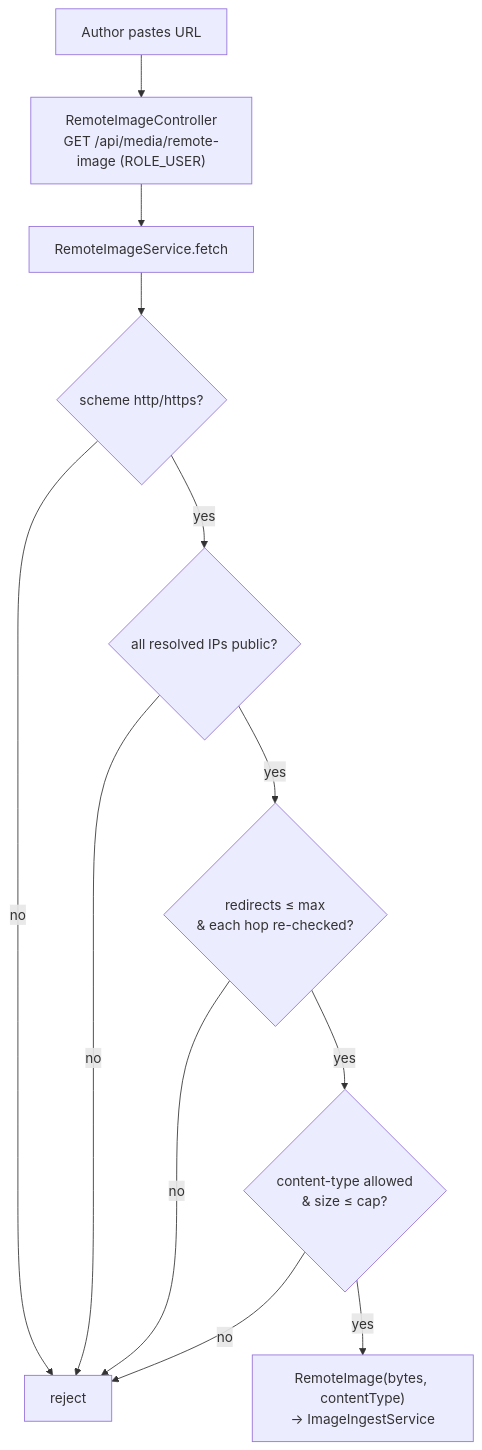
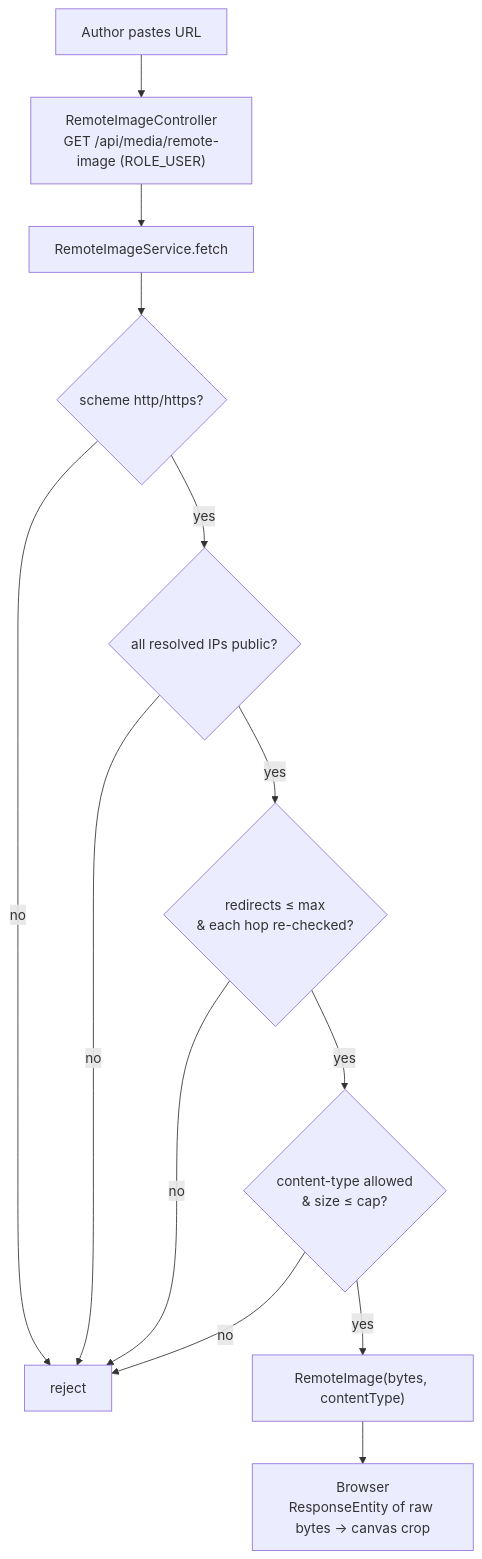
Before and after one commit to Saganaut/ambi: the third of 5 diagrams in z-docs/diagrams/media-gallery.md, drawn with Mermaid. The commit also changed other lines of this file and 3 other files, not shown here.

Commit message:
docs(diagrams): correct backend-services, live-session, media-gallery, system-overview

````diff
--- a/z-docs/diagrams/media-gallery.md
+++ b/z-docs/diagrams/media-gallery.md
@@ -75,14 +75,15 @@
 ```mermaid
 flowchart TB
     U["Author pastes URL"] --> RC["RemoteImageController<br/>GET /api/media/remote-image (ROLE_USER)"]
     RC --> RS["RemoteImageService.fetch"]
     RS --> G1{"scheme http/https?"}
     G1 -->|no| REJ["reject"]
     G1 -->|yes| G2{"all resolved IPs public?"}
     G2 -->|no| REJ
     G2 -->|yes| G3{"redirects ≤ max<br/>& each hop re-checked?"}
     G3 -->|no| REJ
     G3 -->|yes| G4{"content-type allowed<br/>& size ≤ cap?"}
     G4 -->|no| REJ
-    G4 -->|yes| OK["RemoteImage(bytes, contentType)<br/>→ ImageIngestService"]
+    G4 -->|yes| OK["RemoteImage(bytes, contentType)"]
+    OK --> BR["Browser<br/>ResponseEntity of raw bytes → canvas crop"]
 ```
````
